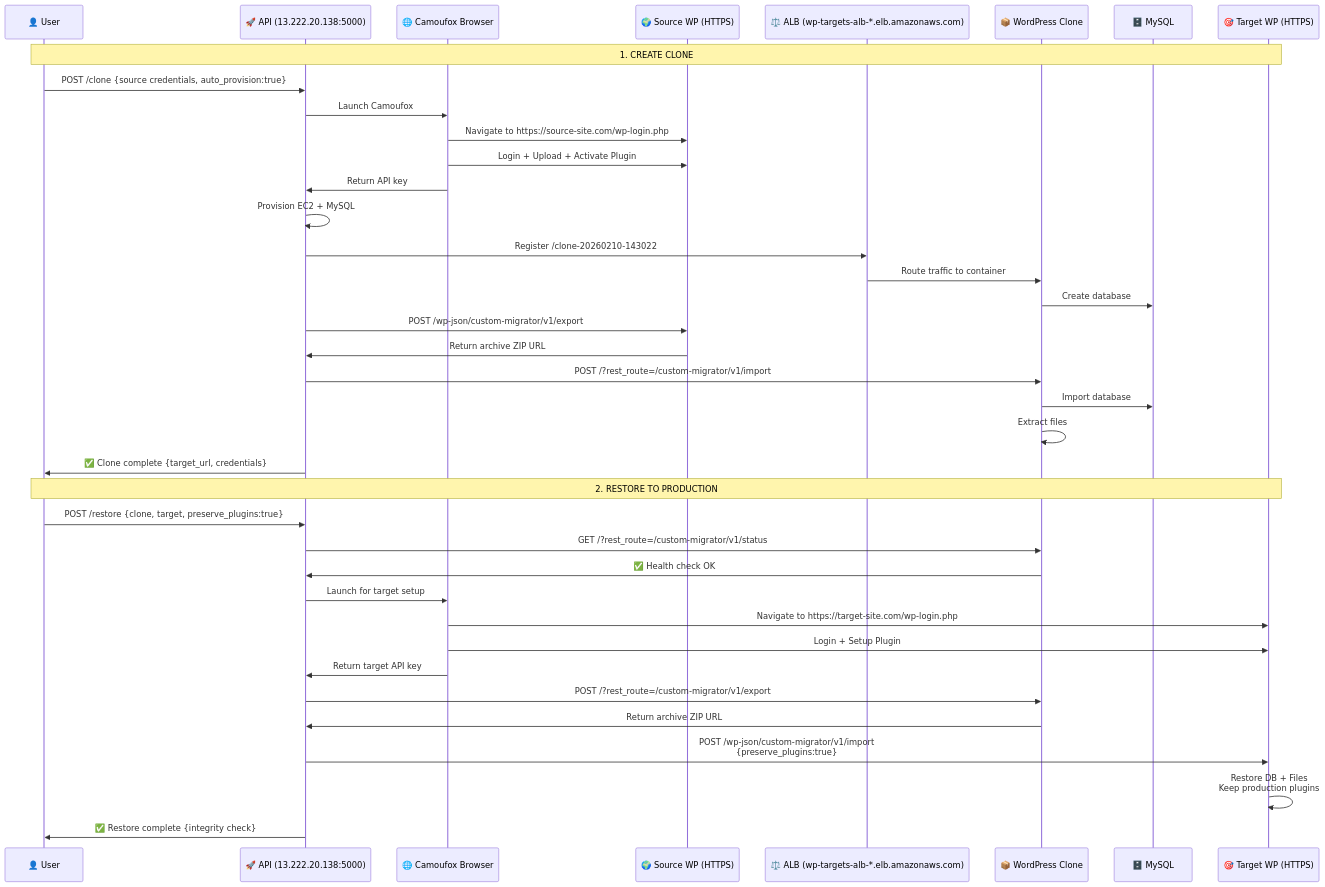
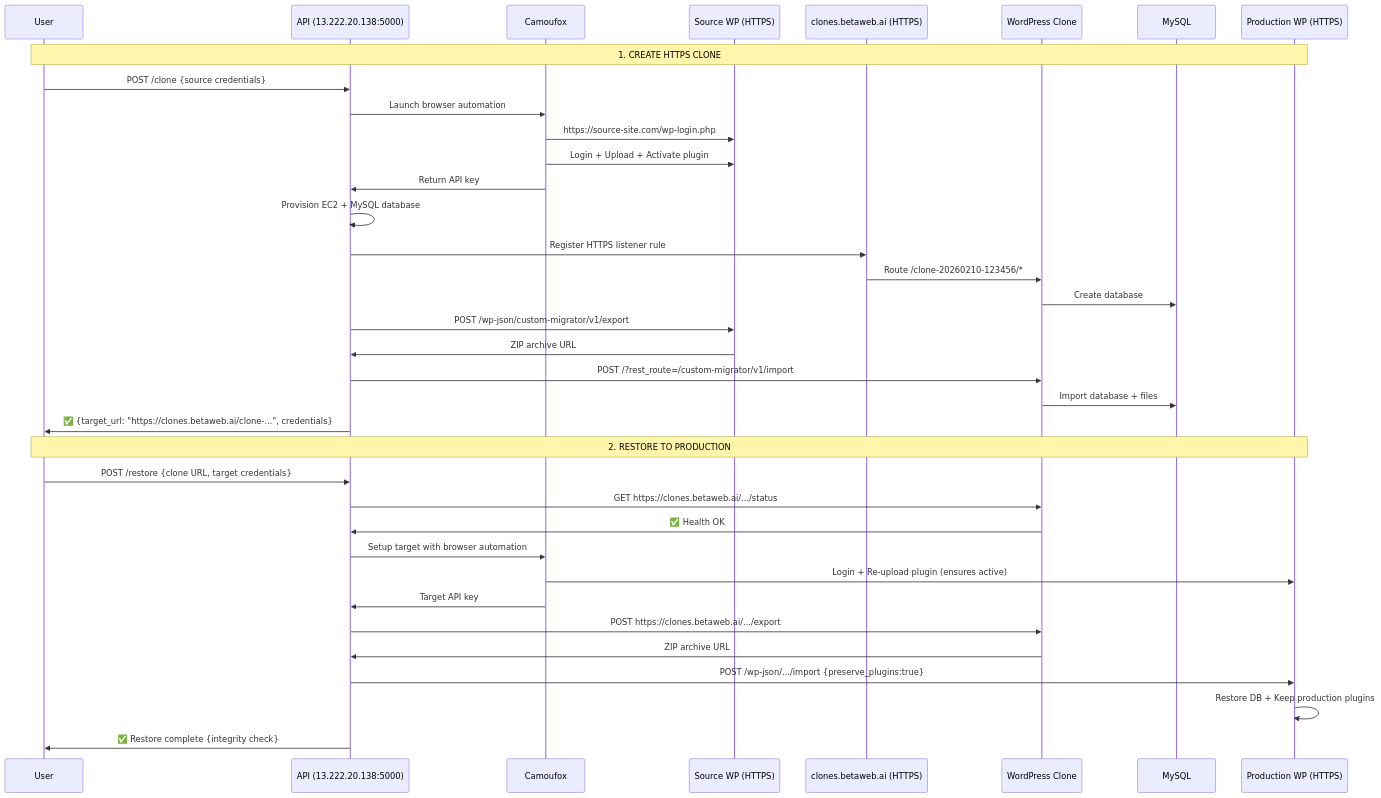
Before and after one commit to t0ct0c/clone-restore: the second of 3 diagrams in README.md, drawn with Mermaid. The commit also changed other lines of this file, not shown here.

First line of the commit message:
docs: Complete rewrite of README with correct HTTPS and domain configuration

````diff
--- a/README.md
+++ b/README.md
@@ -131,48 +192,46 @@
 ```mermaid
 sequenceDiagram
-    participant User as 👤 User
-    participant API as 🚀 API (13.222.20.138:5000)
-    participant Browser as 🌐 Camoufox Browser
-    participant Source as 🌍 Source WP (HTTPS)
-    participant ALB as ⚖️ ALB (wp-targets-alb-*.elb.amazonaws.com)
-    participant Clone as 📦 WordPress Clone
-    participant MySQL as 🗄️ MySQL
-    participant Target as 🎯 Target WP (HTTPS)
+    participant User
+    participant API as API (13.222.20.138:5000)
+    participant Browser as Camoufox
+    participant Source as Source WP (HTTPS)
+    participant ALB as clones.betaweb.ai (HTTPS)
+    participant Clone as WordPress Clone
+    participant MySQL
+    participant Target as Production WP (HTTPS)
 
-    Note over User,Target: 1. CREATE CLONE
-    User->>API: POST /clone {source credentials, auto_provision:true}
-    API->>Browser: Launch Camoufox
-    Browser->>Source: Navigate to https://source-site.com/wp-login.php
-    Browser->>Source: Login + Upload + Activate Plugin
+    Note over User,Target: 1. CREATE HTTPS CLONE
+    User->>API: POST /clone {source credentials}
+    API->>Browser: Launch browser automation
+    Browser->>Source: https://source-site.com/wp-login.php
+    Browser->>Source: Login + Upload + Activate plugin
     Browser->>API: Return API key
 
-    API->>API: Provision EC2 + MySQL
-    API->>ALB: Register /clone-20260210-143022
-    ALB->>Clone: Route traffic to container
+    API->>API: Provision EC2 + MySQL database
+    API->>ALB: Register HTTPS listener rule
+    ALB->>Clone: Route /clone-20260210-123456/*
     Clone->>MySQL: Create database
 
     API->>Source: POST /wp-json/custom-migrator/v1/export
-    Source->>API: Return archive ZIP URL
+    Source->>API: ZIP archive URL
 
     API->>Clone: POST /?rest_route=/custom-migrator/v1/import
-    Clone->>MySQL: Import database
-    Clone->>Clone: Extract files
-    API->>User: ✅ Clone complete {target_url, credentials}
+    Clone->>MySQL: Import database + files
+    API->>User: ✅ {target_url: "https://clones.betaweb.ai/clone-...", credentials}
 
     Note over User,Target: 2. RESTORE TO PRODUCTION
-    User->>API: POST /restore {clone, target, preserve_plugins:true}
-    API->>Clone: GET /?rest_route=/custom-migrator/v1/status
-    Clone->>API: ✅ Health check OK
+    User->>API: POST /restore {clone URL, target credentials}
+    API->>Clone: GET https://clones.betaweb.ai/.../status
+    Clone->>API: ✅ Health OK
 
-    API->>Browser: Launch for target setup
-    Browser->>Target: Navigate to https://target-site.com/wp-login.php
-    Browser->>Target: Login + Setup Plugin
-    Browser->>API: Return target API key
+    API->>Browser: Setup target with browser automation
+    Browser->>Target: Login + Re-upload plugin (ensures active)
+    Browser->>API: Target API key
 
-    API->>Clone: POST /?rest_route=/custom-migrator/v1/export
-    Clone->>API: Return archive ZIP URL
+    API->>Clone: POST https://clones.betaweb.ai/.../export
+    Clone->>API: ZIP archive URL
 
-    API->>Target: POST /wp-json/custom-migrator/v1/import<br/>{preserve_plugins:true}
-    Target->>Target: Restore DB + Files<br/>Keep production plugins
+    API->>Target: POST /wp-json/.../import {preserve_plugins:true}
+    Target->>Target: Restore DB + Keep production plugins
     API->>User: ✅ Restore complete {integrity check}
 ```
````
